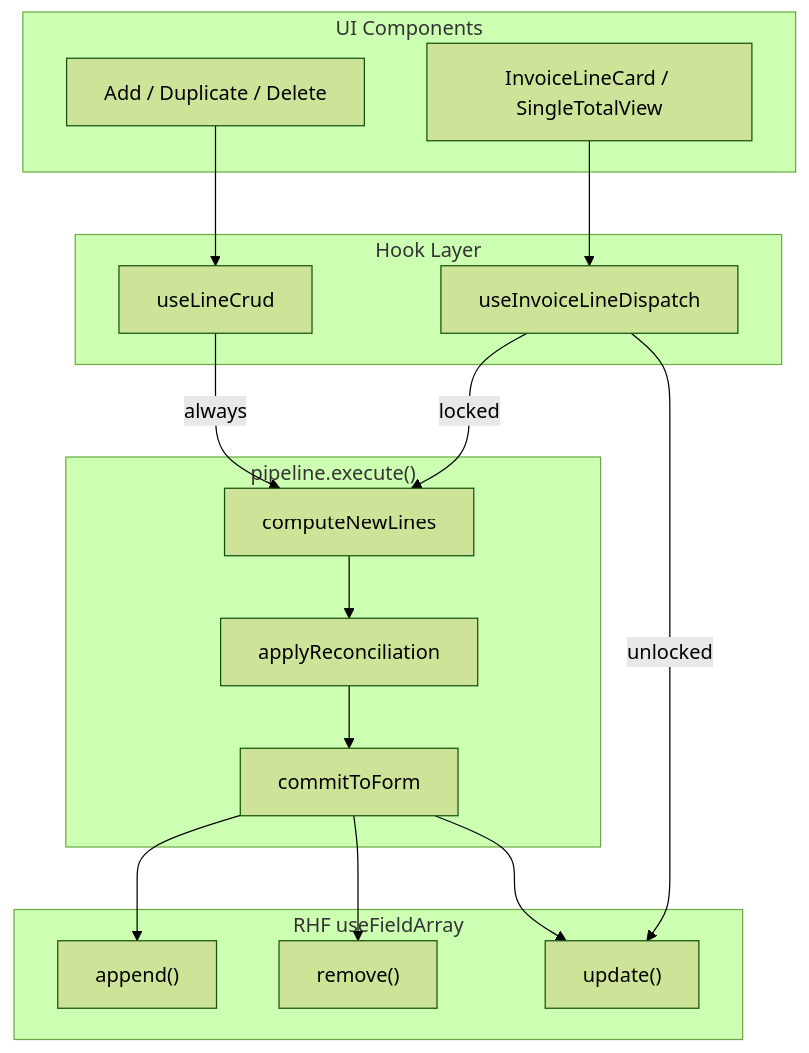
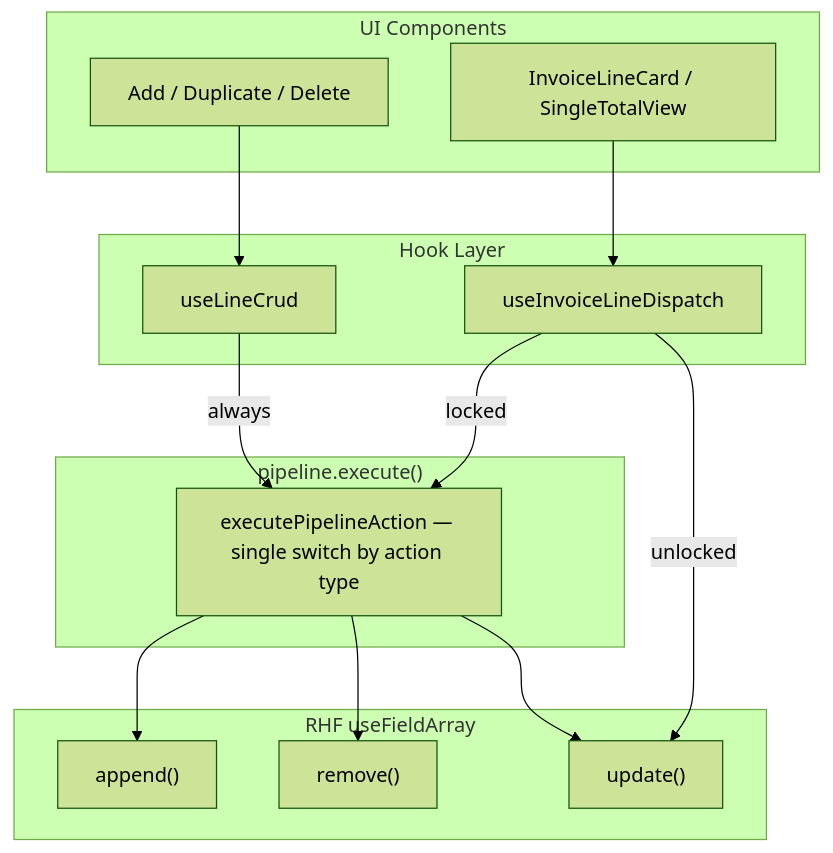
The diagram in 12-sndq/frontend/features/lock-total-amount/pr-description.md (duy-ndhk51/research), drawn with Mermaid (forest theme) before and after one commit. The commit also changed other lines of this file and 3 other files, not shown here.

Commit message:
docs: update Lock Total Amount feature documentation to reflect pipeline refactor, Peppol auto-lock functionality, and submit-time validation enhancements, improving clarity on execution flow and user interactions

````diff
--- a/12-sndq/frontend/features/lock-total-amount/pr-description.md
+++ b/12-sndq/frontend/features/lock-total-amount/pr-description.md
@@ -17,37 +17,33 @@
 ```mermaid
 flowchart TD
   subgraph ui [UI Components]
     AddBtn[Add / Duplicate / Delete]
     LineCard[InvoiceLineCard / SingleTotalView]
   end
 
   subgraph hooks [Hook Layer]
     LineCrud["useLineCrud"]
     Dispatch["useInvoiceLineDispatch"]
   end
 
   subgraph pipeline_layer ["pipeline.execute()"]
-    Compute[computeNewLines]
-    Reconcile["applyReconciliation"]
-    Commit["commitToForm"]
+    ExecuteFn["executePipelineAction — single switch by action type"]
   end
 
   subgraph rhf [RHF useFieldArray]
     Append["append()"]
     Remove["remove()"]
     Update["update()"]
   end
 
   AddBtn --> LineCrud
-  LineCrud -->|"always"| Compute
+  LineCrud -->|"always"| ExecuteFn
 
   LineCard --> Dispatch
-  Dispatch -->|"locked"| Compute
+  Dispatch -->|"locked"| ExecuteFn
   Dispatch -->|"unlocked"| Update
 
-  Compute --> Reconcile
-  Reconcile --> Commit
-  Commit --> Append
-  Commit --> Remove
-  Commit --> Update
+  ExecuteFn --> Append
+  ExecuteFn --> Remove
+  ExecuteFn --> Update
 ```
````
